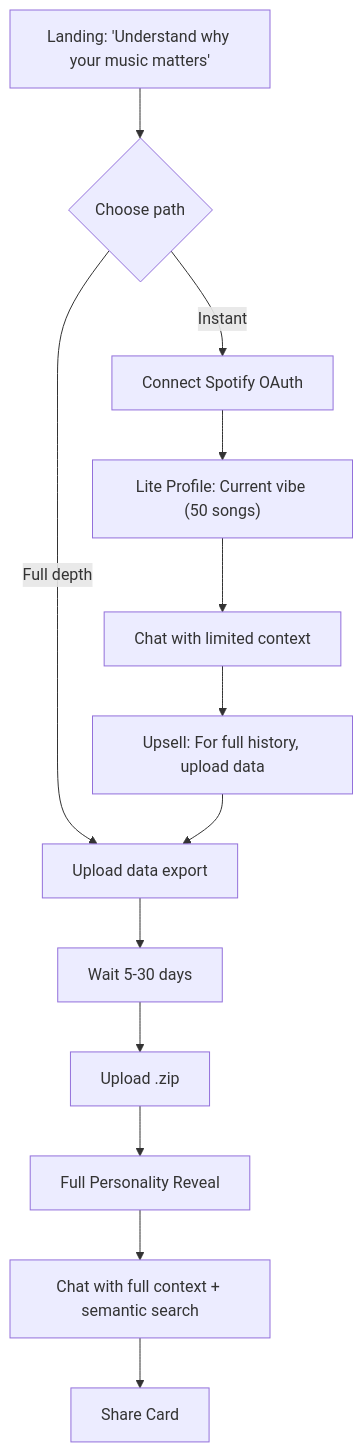
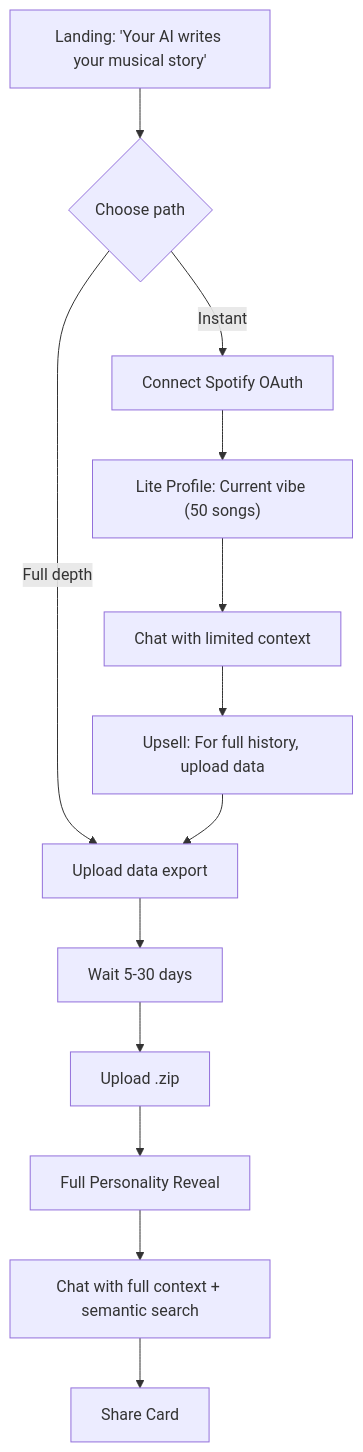
One commit to rhinos0608/rhythm-chamber changed the diagram in docs/02-user-experience.md. Above: the diagram before and after it, drawn with Mermaid. The commit also changed 11 other files, not shown here.

First line of the commit message:
Refine product positioning and error handling flow

````diff
--- a/docs/02-user-experience.md
+++ b/docs/02-user-experience.md
@@ -5,15 +5,15 @@
 ```mermaid
 flowchart TD
-    A["Landing: 'Understand why your music matters'"] --> B{Choose path}
+    A["Landing: 'Your AI writes your musical story'"] --> B{Choose path}
     B -->|Instant| C[Connect Spotify OAuth]
     B -->|Full depth| D[Upload data export]
     C --> E["Lite Profile: Current vibe (50 songs)"]
     E --> F[Chat with limited context]
     F --> G["Upsell: For full history, upload data"]
     G --> D
     D --> H[Wait 5-30 days]
     H --> I[Upload .zip]
     I --> J[Full Personality Reveal]
     J --> K[Chat with full context + semantic search]
     K --> L[Share Card]
 ```
````
